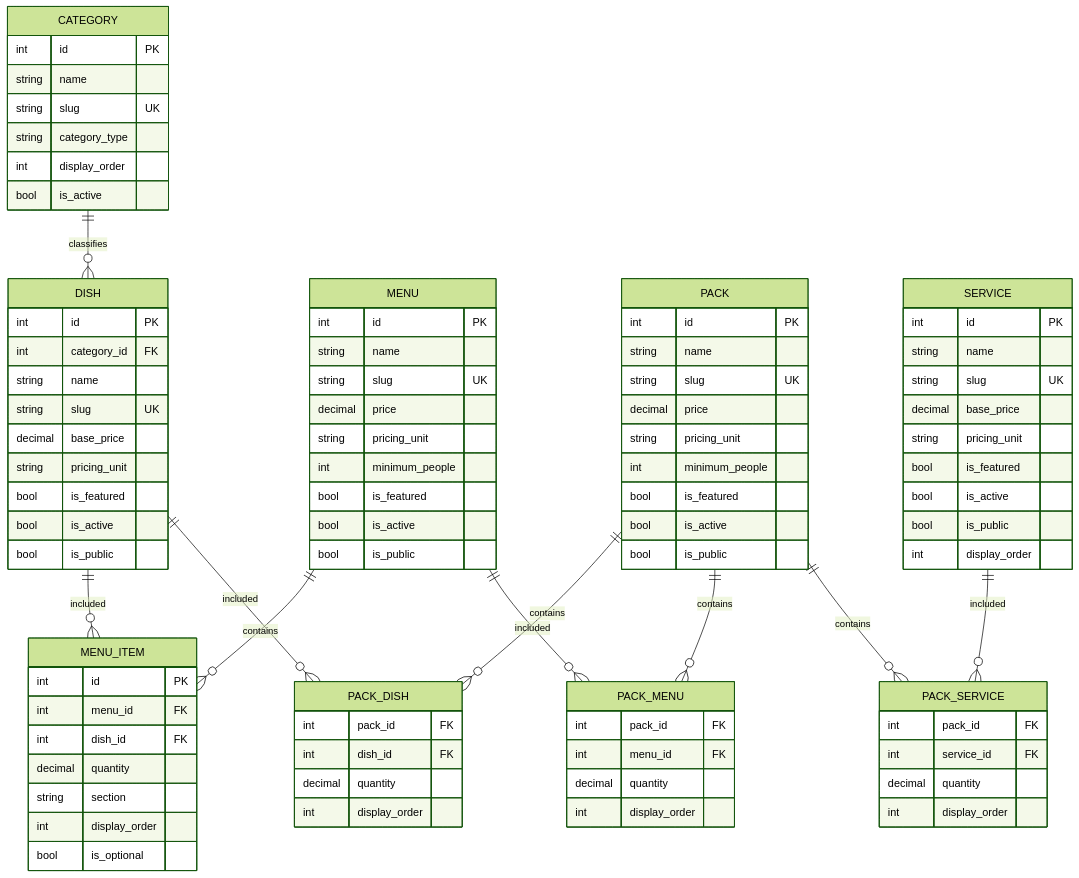
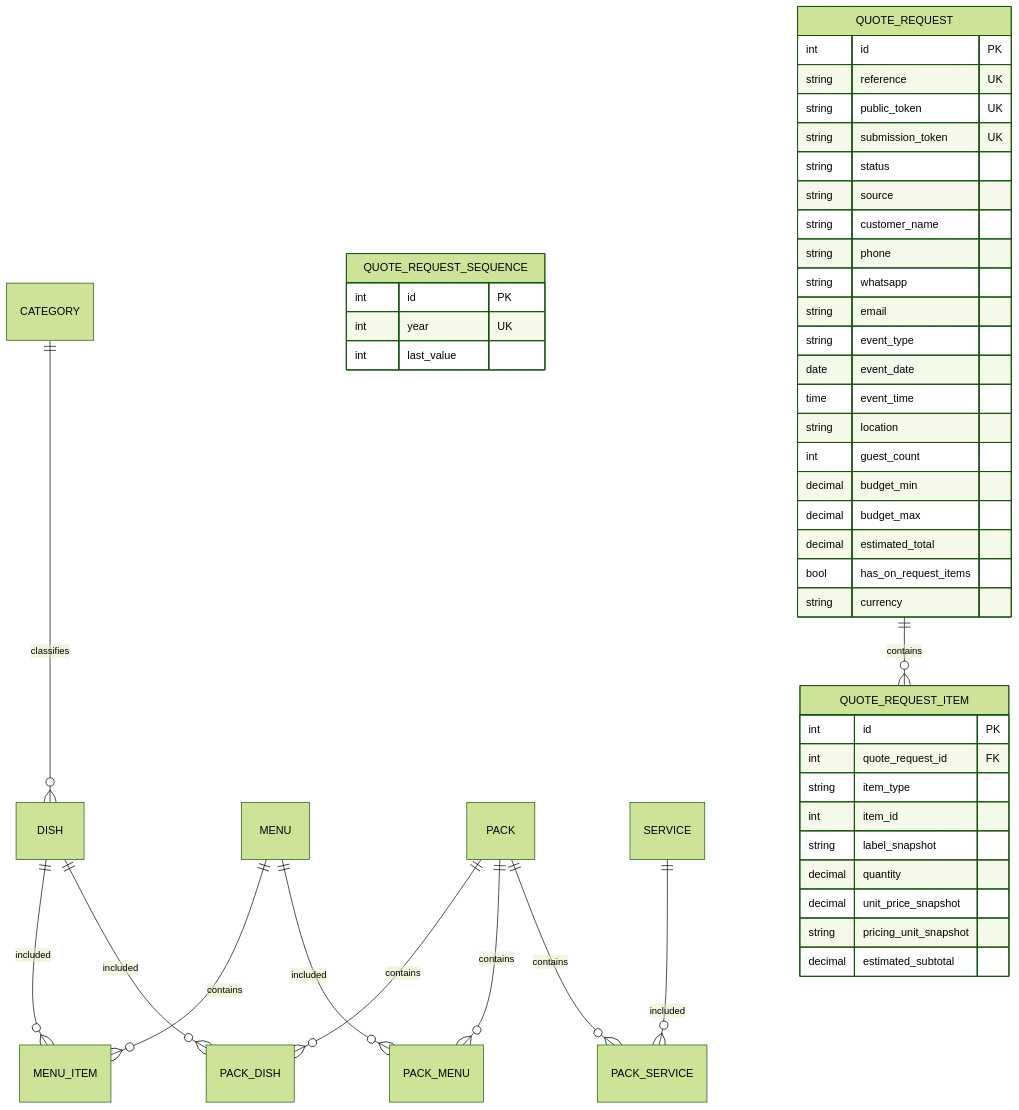
The diagram in docs/ERD.md (sandjongalex/traiteur), drawn with Mermaid (forest theme) before and after one commit. The commit also changed other lines of this file, not shown here.

Commit message:
docs(quote-request): sync ERD

````diff
--- a/docs/ERD.md
+++ b/docs/ERD.md
@@ -5,104 +5,55 @@
 ```mermaid
 erDiagram
   CATEGORY ||--o{ DISH : classifies
-
   MENU ||--o{ MENU_ITEM : contains
   DISH ||--o{ MENU_ITEM : included
-
   PACK ||--o{ PACK_DISH : contains
   DISH ||--o{ PACK_DISH : included
-
   PACK ||--o{ PACK_MENU : contains
   MENU ||--o{ PACK_MENU : included
-
   PACK ||--o{ PACK_SERVICE : contains
   SERVICE ||--o{ PACK_SERVICE : included
 
-  CATEGORY {
+  QUOTE_REQUEST_SEQUENCE {
     int id PK
-    string name
-    string slug UK
-    string category_type
-    int display_order
-    bool is_active
+    int year UK
+    int last_value
   }
 
-  SERVICE {
+  QUOTE_REQUEST ||--o{ QUOTE_REQUEST_ITEM : contains
+
+  QUOTE_REQUEST {
     int id PK
-    string name
-    string slug UK
-    decimal base_price
-    string pricing_unit
-    bool is_featured
-    bool is_active
-    bool is_public
-    int display_order
+    string reference UK
+    string public_token UK
+    string submission_token UK
+    string status
+    string source
+    string customer_name
+    string phone
+    string whatsapp
+    string email
+    string event_type
+    date event_date
+    time event_time
+    string location
+    int guest_count
+    decimal budget_min
+    decimal budget_max
+    decimal estimated_total
+    bool has_on_request_items
+    string currency
   }
 
-  DISH {
+  QUOTE_REQUEST_ITEM {
     int id PK
-    int category_id FK
-    string name
-    string slug UK
-    decimal base_price
-    string pricing_unit
-    bool is_featured
-    bool is_active
-    bool is_public
-  }
-
-  MENU {
-    int id PK
-    string name
-    string slug UK
-    decimal price
-    string pricing_unit
-    int minimum_people
-    bool is_featured
-    bool is_active
-    bool is_public
-  }
-
-  MENU_ITEM {
-    int id PK
-    int menu_id FK
-    int dish_id FK
+    int quote_request_id FK
+    string item_type
+    int item_id
+    string label_snapshot
     decimal quantity
-    string section
-    int display_order
-    bool is_optional
-  }
-
-  PACK {
-    int id PK
-    string name
-    string slug UK
-    decimal price
-    string pricing_unit
-    int minimum_people
-    bool is_featured
-    bool is_active
-    bool is_public
-  }
-
-  PACK_DISH {
-    int pack_id FK
-    int dish_id FK
-    decimal quantity
-    int display_order
-  }
-
-  PACK_MENU {
-    int pack_id FK
-    int menu_id FK
-    decimal quantity
-    int display_order
-  }
-
-  PACK_SERVICE {
-    int pack_id FK
-    int service_id FK
-    decimal quantity
-    int display_order
+    decimal unit_price_snapshot
+    string pricing_unit_snapshot
+    decimal estimated_subtotal
   }
 ```
````
